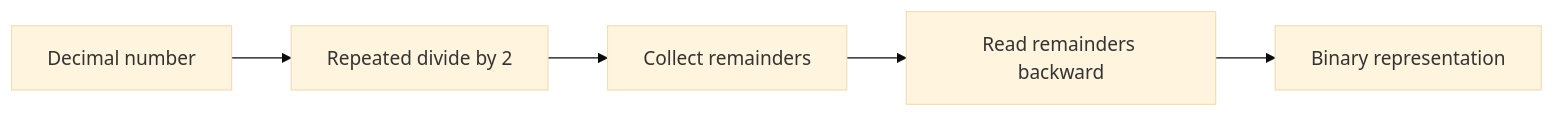
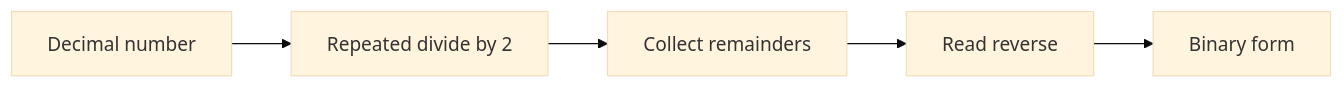
Before and after one commit to mthaiseer/springcloud-systemdesign-notes: the second of 22 diagrams in CP_DSA_NOTES/CONCEPT_FRAMEWORK_FORMS_TATICS/bitwise_playbook.md, drawn with Mermaid (base theme). The commit also changed other lines of this file, not shown here.

````diff
--- a/CP_DSA_NOTES/CONCEPT_FRAMEWORK_FORMS_TATICS/bitwise_playbook.md
+++ b/CP_DSA_NOTES/CONCEPT_FRAMEWORK_FORMS_TATICS/bitwise_playbook.md
@@ -115,7 +121,7 @@
 ```mermaid
 flowchart LR
     A["Decimal number"] --> B["Repeated divide by 2"]
     B --> C["Collect remainders"]
-    C --> D["Read remainders backward"]
-    D --> E["Binary representation"]
+    C --> D["Read reverse"]
+    D --> E["Binary form"]
 ```
````
